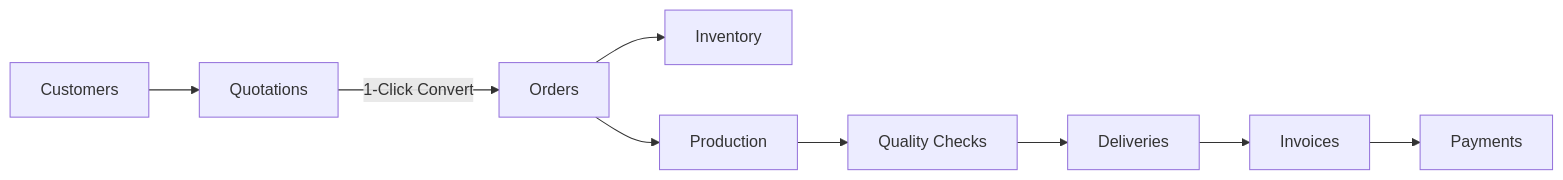
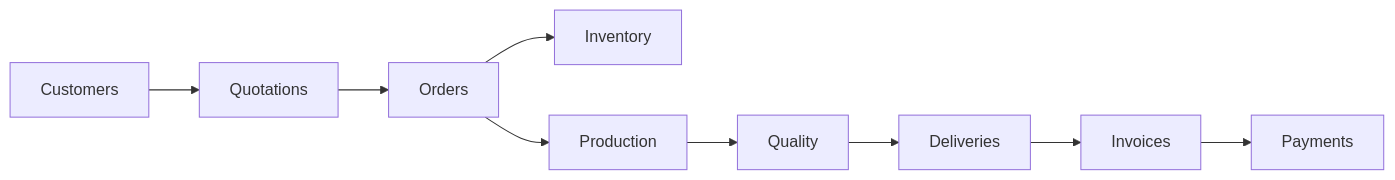
Before and after one commit to SageCookie/ORVION: the diagram in README.md, drawn with Mermaid. The commit also changed other lines of this file, not shown here.

````diff
--- a/README.md
+++ b/README.md
@@ -37,11 +28,11 @@
 ```mermaid
 flowchart LR
-    A[Customers] --> B[Quotations]
-    B -->|1-Click Convert| C[Orders]
-    C --> D[Inventory]
-    C --> E[Production]
-    E --> F[Quality Checks]
-    F --> G[Deliveries]
-    G --> H[Invoices]
-    H --> I[Payments]
+    Customers --> Quotations
+    Quotations --> Orders
+    Orders --> Inventory
+    Orders --> Production
+    Production --> Quality
+    Quality --> Deliveries
+    Deliveries --> Invoices
+    Invoices --> Payments
 ```
````
